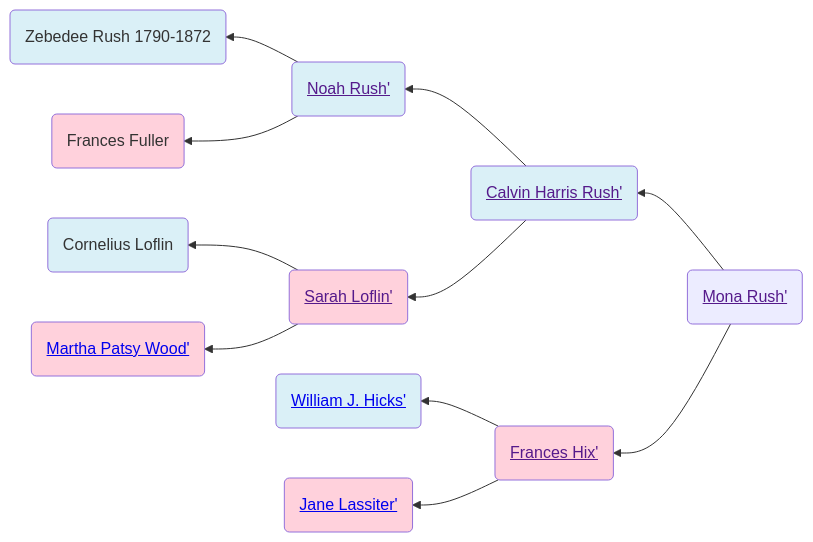
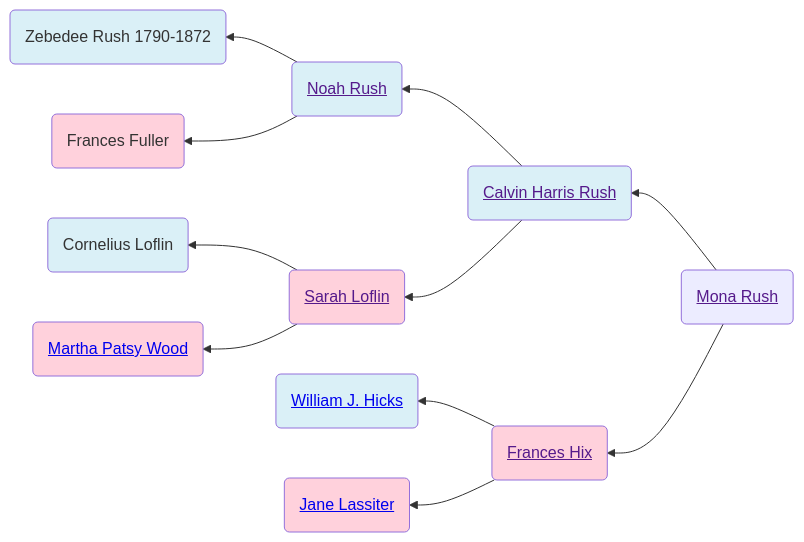
One commit to neelsmith/avocational changed the first of 2 diagrams in familyhistory/sources/people/Rush-line/Mona_Rush.qmd. Above: the diagram before and after it, drawn with Mermaid. The commit also changed other lines of this file and 96 other files, not shown here.

````diff
--- a/familyhistory/sources/people/Rush-line/Mona_Rush.qmd
+++ b/familyhistory/sources/people/Rush-line/Mona_Rush.qmd
@@ -30,28 +30,28 @@
 ```{mermaid}
 graph RL
 %% RL ancestor diagram
-Mona_Rush(<a href=''>Mona Rush'</>) -->  Calvin_Harris_Rush(<a href='./Calvin_Harris_Rush.html'>Calvin Harris Rush'</>)
-Calvin_Harris_Rush(<a href=''>Calvin Harris Rush'</>) -->  Noah_Rush(<a href='./Noah_Rush.html'>Noah Rush'</>)
-Noah_Rush(<a href=''>Noah Rush'</>) -->  Zebedee_Rush_1790-1872(Zebedee Rush 1790-1872)
+Mona_Rush(<a href=''>Mona Rush</a>) -->  Calvin_Harris_Rush(<a href='./Calvin_Harris_Rush.html'>Calvin Harris Rush</a>)
+Calvin_Harris_Rush(<a href=''>Calvin Harris Rush</a>) -->  Noah_Rush(<a href='./Noah_Rush.html'>Noah Rush</a>)
+Noah_Rush(<a href=''>Noah Rush</a>) -->  Zebedee_Rush_1790-1872(Zebedee Rush 1790-1872)
 class Zebedee_Rush_1790-1872 father
-Noah_Rush(<a href=''>Noah Rush'</>)  --> Frances_Fuller(Frances Fuller)
+Noah_Rush(<a href=''>Noah Rush</a>)  --> Frances_Fuller(Frances Fuller)
 class Frances_Fuller mother
 class Noah_Rush father
-Calvin_Harris_Rush(<a href=''>Calvin Harris Rush'</>)  --> Sarah_Loflin(<a href='./../Randolph_county_lines/Loflin/Sarah_Loflin.html'>Sarah Loflin'</>)
-Sarah_Loflin(<a href=''>Sarah Loflin'</>) -->  Cornelius_Loflin(Cornelius Loflin)
+Calvin_Harris_Rush(<a href=''>Calvin Harris Rush</a>)  --> Sarah_Loflin(<a href='./../Randolph_county_lines/Loflin/Sarah_Loflin.html'>Sarah Loflin</a>)
+Sarah_Loflin(<a href=''>Sarah Loflin</a>) -->  Cornelius_Loflin(Cornelius Loflin)
 class Cornelius_Loflin father
-Sarah_Loflin(<a href=''>Sarah Loflin'</>)  --> Martha_Patsy_Wood(<a href='./../Martha_Patsy_Wood.html'>Martha Patsy Wood'</>)
+Sarah_Loflin(<a href=''>Sarah Loflin</a>)  --> Martha_Patsy_Wood(<a href='./../Martha_Patsy_Wood.html'>Martha Patsy Wood</a>)
 class Martha_Patsy_Wood mother
 class Sarah_Loflin mother
 class Calvin_Harris_Rush father
-Mona_Rush(<a href=''>Mona Rush'</>)  --> Frances_Hix(<a href='./../Randolph_county_lines/Hicks/Frances_Hix.html'>Frances Hix'</>)
-Frances_Hix(<a href=''>Frances Hix'</>) -->  William_J._Hicks(<a href='./William_J._Hicks.html'>William J. Hicks'</>)
+Mona_Rush(<a href=''>Mona Rush</a>)  --> Frances_Hix(<a href='./../Randolph_county_lines/Hicks/Frances_Hix.html'>Frances Hix</a>)
+Frances_Hix(<a href=''>Frances Hix</a>) -->  William_J._Hicks(<a href='./William_J._Hicks.html'>William J. Hicks</a>)
 class William_J._Hicks father
-Frances_Hix(<a href=''>Frances Hix'</>)  --> Jane_Lassiter(<a href='./../Lassiter/Jane_Lassiter.html'>Jane Lassiter'</>)
+Frances_Hix(<a href=''>Frances Hix</a>)  --> Jane_Lassiter(<a href='./../Lassiter/Jane_Lassiter.html'>Jane Lassiter</a>)
 class Jane_Lassiter mother
 class Frances_Hix mother
 classDef mother fill:#ffd1dc
 classDef father fill:#daf0f7  
 classDef marriage fill:#ffffff
 
 ```
````
